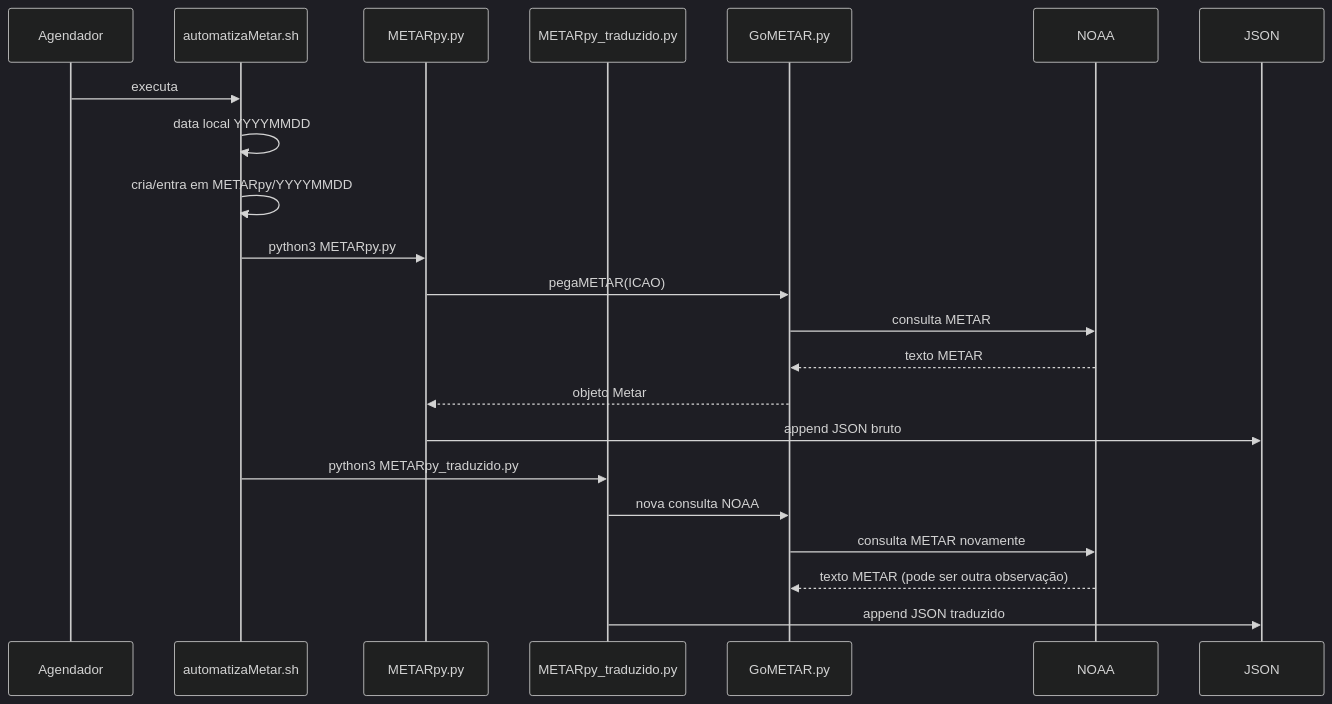
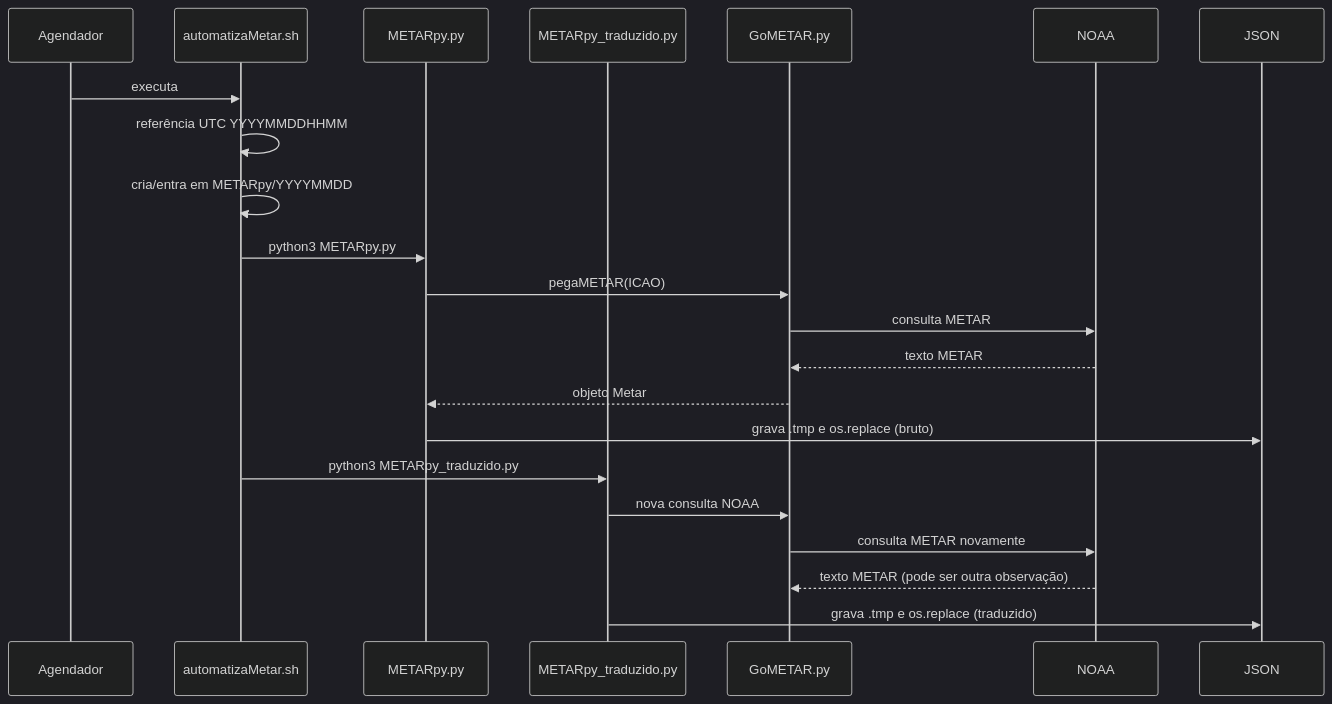
Before and after one commit to paulopimenta6/METamorfose: the sixth of 7 diagrams in docs/02-fluxos.md, drawn with Mermaid (dark theme). The commit also changed other lines of this file and 25 other files, not shown here.

````diff
--- a/docs/02-fluxos.md
+++ b/docs/02-fluxos.md
@@ -342,25 +361,25 @@
 ```mermaid
 sequenceDiagram
     participant S as Agendador
     participant A as automatizaMetar.sh
     participant R as METARpy.py
     participant T as METARpy_traduzido.py
     participant G as GoMETAR.py
     participant N as NOAA
     participant J as JSON
 
     S->>A: executa
-    A->>A: data local YYYYMMDD
+    A->>A: referência UTC YYYYMMDDHHMM
     A->>A: cria/entra em METARpy/YYYYMMDD
     A->>R: python3 METARpy.py
     R->>G: pegaMETAR(ICAO)
     G->>N: consulta METAR
     N-->>G: texto METAR
     G-->>R: objeto Metar
-    R->>J: append JSON bruto
+    R->>J: grava .tmp e os.replace (bruto)
     A->>T: python3 METARpy_traduzido.py
     T->>G: nova consulta NOAA
     G->>N: consulta METAR novamente
     N-->>G: texto METAR (pode ser outra observação)
-    T->>J: append JSON traduzido
+    T->>J: grava .tmp e os.replace (traduzido)
 ```
````
